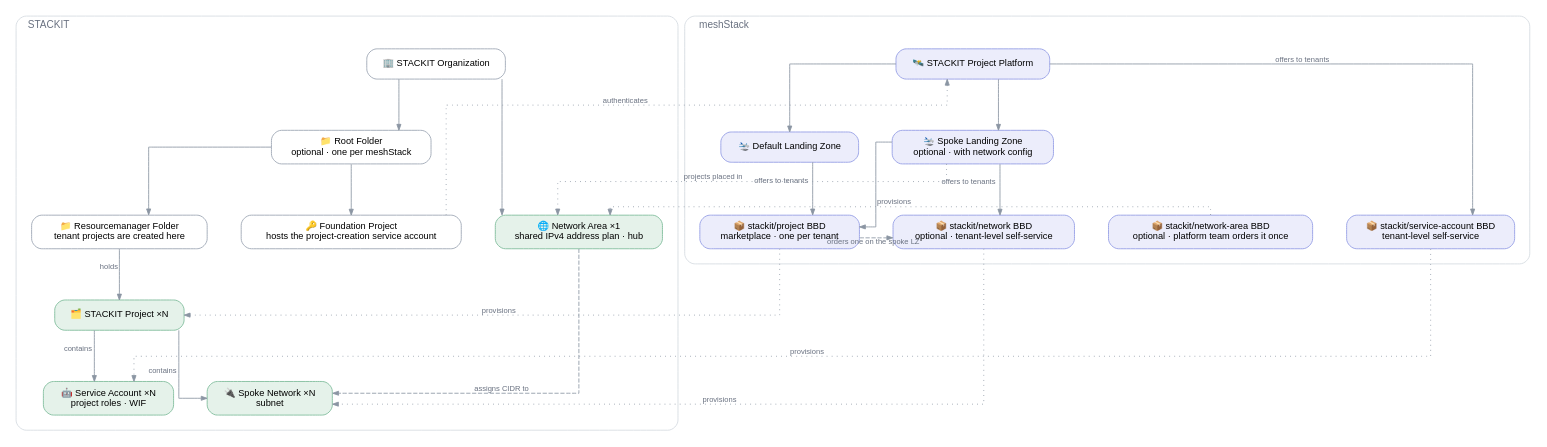
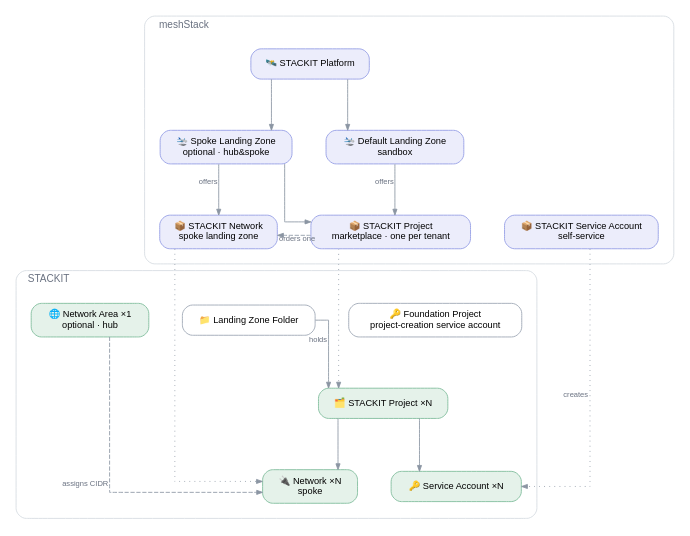
One commit to meshcloud/meshstack-hub changed the diagram in reference-architectures/stackit-landingzone/stackit-landingzone.dot. Above: the diagram before and after it, drawn with Graphviz. The commit also changed 2 other files, not shown here.

Commit message:
docs(ref-arch/stackit-landingzone): redraw the diagram for one project definition and the network block
meshStack sits above STACKIT, so the diagram fits the page width. One
STACKIT Project definition serves both landing zones and orders the
network block on the networked one.

```diff
--- a/reference-architectures/stackit-landingzone/stackit-landingzone.dot
+++ b/reference-architectures/stackit-landingzone/stackit-landingzone.dot
@@ -1,78 +1,74 @@
 /*
  * STACKIT Landing Zone reference architecture.
  * Conventions: .agents/references/diagrams.md — render with: task diagrams
  */
 digraph stackit_landingzone {
   rankdir=TB
   splines=ortho
   forcelabels=true
   bgcolor="white"
   nodesep=0.55
   ranksep=0.85
 
   node [shape=box style="rounded,filled" fontname="Helvetica" fontsize=11
         fillcolor="#ffffff" color="#a2abb8" penwidth=1.1 margin="0.20,0.11"]
   edge [fontname="Helvetica" fontsize=9 fontcolor="#697180" color="#8b95a3" arrowsize=0.7]
 
+  subgraph cluster_mesh {
+    label="  meshStack"
+    labeljust=l
+    fontname="Helvetica" fontsize=12 fontcolor="#697180"
+    style="rounded" color="#d5dae0"
+    margin=18
+
+    node [fillcolor="#ecedfb" color="#9aa2e6"]
+
+    PLAT   [label="🛰️ STACKIT Platform"]
+    DEFLZ  [label="🛬 Default Landing Zone\nsandbox"]
+    NETLZ  [label="🛬 Spoke Landing Zone\noptional · hub&spoke"]
+    PRJBBD [label="📦 STACKIT Project\nmarketplace · one per tenant"]
+    NETBBD [label="📦 STACKIT Network\nspoke landing zone"]
+    SABBD  [label="📦 STACKIT Service Account\nself-service"]
+
+    { rank=same; DEFLZ -> NETLZ [style=invis] }
+    { rank=same; PRJBBD -> NETBBD -> SABBD [style=invis] }
+
+    PLAT  -> DEFLZ
+    PLAT  -> NETLZ
+    DEFLZ -> PRJBBD [xlabel="offers"]
+    NETLZ -> PRJBBD
+    NETLZ -> NETBBD [xlabel="offers"]
+    PRJBBD -> NETBBD [xlabel="orders one" style=dashed]
+  }
+
   subgraph cluster_stackit {
     label="  STACKIT"
     labeljust=l
     fontname="Helvetica" fontsize=12 fontcolor="#697180"
     style="rounded" color="#d5dae0"
     margin=18
 
-    ORG    [label="🏢 STACKIT Organization" fillcolor="#ffffff" color="#a2abb8"]
-    ROOT   [label="📁 Root Folder\noptional · one per meshStack" fillcolor="#ffffff" color="#a2abb8"]
-    FOUND  [label="🔑 Foundation Project\nhosts the project-creation service account" fillcolor="#ffffff" color="#a2abb8"]
-    FOLDER [label="📁 Resourcemanager Folder\ntenant projects are created here" fillcolor="#ffffff" color="#a2abb8"]
-    NA     [label="🌐 Network Area ×1\nshared IPv4 address plan · hub" fillcolor="#e5f2ea" color="#85bfa0"]
+    FOUND  [label="🔑 Foundation Project\nproject-creation service account"]
+    FOLDER [label="📁 Landing Zone Folder"]
+    NA     [label="🌐 Network Area ×1\noptional · hub" fillcolor="#e5f2ea" color="#85bfa0"]
     PRJ    [label="🗂️ STACKIT Project ×N" fillcolor="#e5f2ea" color="#85bfa0"]
-    SA     [label="🤖 Service Account ×N\nproject roles · WIF" fillcolor="#e5f2ea" color="#85bfa0"]
-    SPOKE  [label="🔌 Spoke Network ×N\nsubnet" fillcolor="#e5f2ea" color="#85bfa0"]
+    SA     [label="🔑 Service Account ×N" fillcolor="#e5f2ea" color="#85bfa0"]
+    NET    [label="🔌 Network ×N\nspoke" fillcolor="#e5f2ea" color="#85bfa0"]
 
-    { rank=same; FOUND -> FOLDER -> NA [style=invis] }
+    { rank=same; FOLDER -> NA -> FOUND [style=invis] }
+    { rank=same; NET -> SA [style=invis] }
 
-    ORG    -> ROOT
-    ROOT   -> FOUND
-    ROOT   -> FOLDER
-    ORG    -> NA
-    FOLDER -> PRJ   [xlabel="holds"]
-    PRJ    -> SA    [xlabel="contains"]
-    PRJ    -> SPOKE [xlabel="contains"]
-    NA     -> SPOKE [xlabel="assigns CIDR to" style=dashed constraint=false]
+    FOLDER -> PRJ [xlabel="holds"]
+    PRJ    -> SA
+    PRJ    -> NET
+    NA     -> NET [xlabel="assigns CIDR" style=dashed]
   }
 
-  subgraph cluster_mesh {
-    label="  meshStack"
-    labeljust=l
-    fontname="Helvetica" fontsize=12 fontcolor="#697180"
-    style="rounded" color="#d5dae0"
-    margin=18
+  PRJBBD -> FOLDER [style=invis]
+  NETBBD -> NA     [style=invis]
+  SABBD  -> FOUND  [style=invis]
 
-    PLAT     [label="🛰️ STACKIT Project Platform" fillcolor="#ecedfb" color="#9aa2e6"]
-    DEFLZ    [label="🛬 Default Landing Zone" fillcolor="#ecedfb" color="#9aa2e6"]
-    NETLZ    [label="🛬 Spoke Landing Zone\noptional · with network config" fillcolor="#ecedfb" color="#9aa2e6"]
-    PRJBBD   [label="📦 stackit/project BBD\nmarketplace · one per tenant" fillcolor="#ecedfb" color="#9aa2e6"]
-    SABBD    [label="📦 stackit/service-account BBD\ntenant-level self-service" fillcolor="#ecedfb" color="#9aa2e6"]
-    NABBD    [label="📦 stackit/network-area BBD\noptional · platform team orders it once" fillcolor="#ecedfb" color="#9aa2e6"]
-    SPOKEBBD [label="📦 stackit/network BBD\noptional · tenant-level self-service" fillcolor="#ecedfb" color="#9aa2e6"]
-
-    { rank=same; DEFLZ -> NETLZ [style=invis] }
-    { rank=same; PRJBBD -> SABBD -> SPOKEBBD -> NABBD [style=invis] }
-
-    PLAT  -> DEFLZ
-    PLAT  -> NETLZ
-    DEFLZ -> PRJBBD   [xlabel="offers to tenants"]
-    NETLZ -> PRJBBD
-    PLAT  -> SABBD    [xlabel="offers to tenants"]
-    NETLZ -> SPOKEBBD [xlabel="offers to tenants"]
-  }
-
-  FOUND    -> PLAT  [xlabel="authenticates" style=dotted constraint=false]
-  PRJBBD   -> PRJ   [xlabel="provisions" style=dotted constraint=false]
-  SABBD    -> SA    [xlabel="provisions" style=dotted constraint=false]
-  NABBD    -> NA    [xlabel="provisions" style=dotted constraint=false]
-  SPOKEBBD -> SPOKE [xlabel="provisions" style=dotted constraint=false]
-  PRJBBD   -> SPOKEBBD [xlabel="orders one on the spoke LZ" style=dashed constraint=false]
-  NETLZ    -> NA    [xlabel="projects placed in" style=dotted constraint=false]
+  PRJBBD -> PRJ [style=dotted]
+  NETBBD -> NET [style=dotted]
+  SABBD  -> SA  [xlabel="creates" style=dotted]
 }
```
